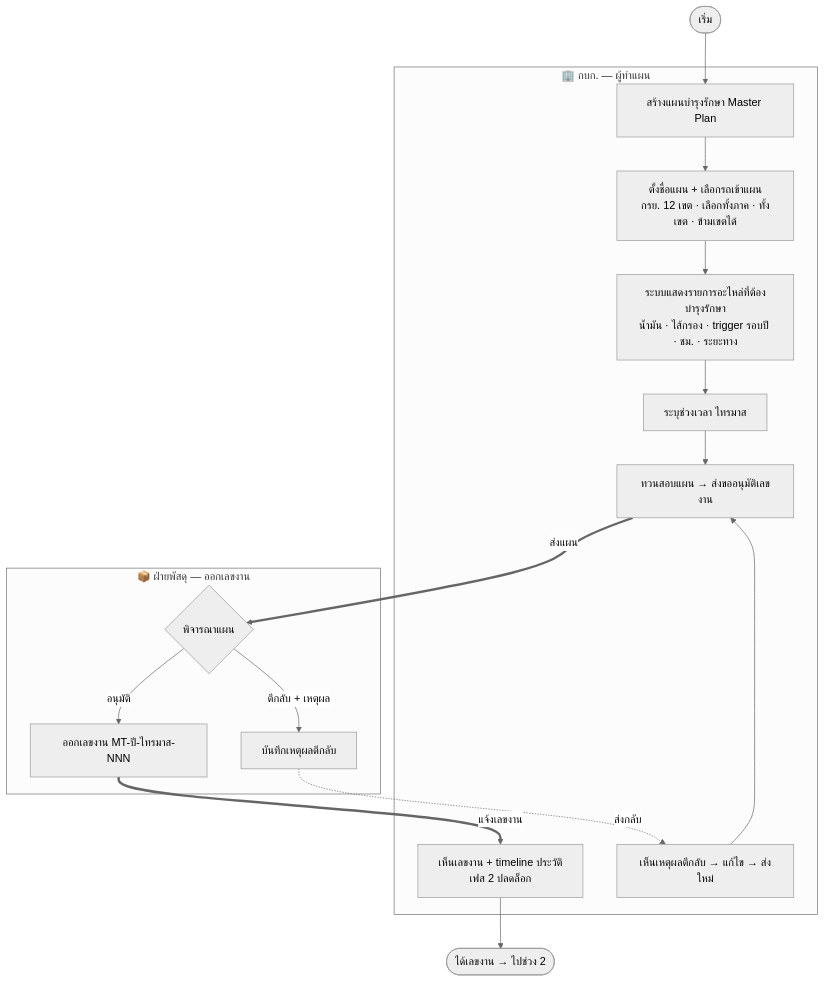
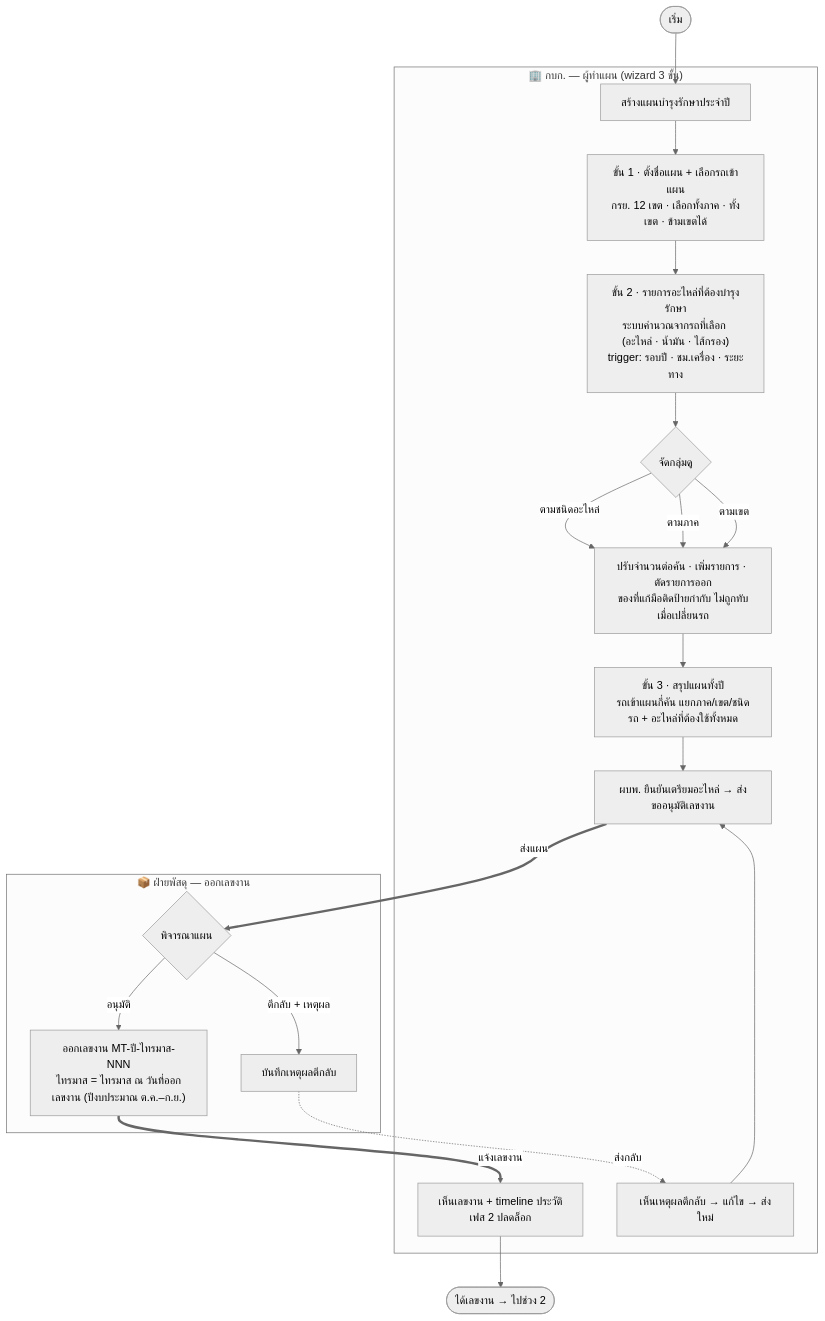
Before and after one commit to anugmail/Maintenance-Request-Form: the diagram in Diagram/01-บำรุงรักษาตามวาระ/01-ออกเลขงาน.md, drawn with Mermaid (neutral theme). The commit also changed other lines of this file and 7 other files, not shown here.

First line of the commit message:
feat(บำรุงรักษา): เฟส 1 เป็นแผนประจำปี — ตัดไทรมาส + อะไหล่จัดกลุ่ม/แก้ได้ + หน้าสรุปทั้งปี

````diff
--- a/Diagram/01-บำรุงรักษาตามวาระ/01-ออกเลขงาน.md
+++ b/Diagram/01-บำรุงรักษาตามวาระ/01-ออกเลขงาน.md
@@ -6,29 +10,34 @@
 ```mermaid
 flowchart TB
     S([เริ่ม])
 
-    subgraph KBK["🏢 กบก. — ผู้ทำแผน"]
-        A[สร้างแผนบำรุงรักษา Master Plan]
-        A --> B[ตั้งชื่อแผน + เลือกรถเข้าแผน<br/>กรย. 12 เขต · เลือกทั้งภาค · ทั้งเขต · ข้ามเขตได้]
-        B --> C[ระบบแสดงรายการอะไหล่ที่ต้องบำรุงรักษา<br/>น้ำมัน · ไส้กรอง · trigger รอบปี · ชม. · ระยะทาง]
-        C --> D[ระบุช่วงเวลา ไทรมาส]
-        D --> E[ทวนสอบแผน → ส่งขออนุมัติเลขงาน]
+    subgraph KBK["🏢 กบก. — ผู้ทำแผน (wizard 3 ขั้น)"]
+        A[สร้างแผนบำรุงรักษาประจำปี]
+        A --> B["ขั้น 1 · ตั้งชื่อแผน + เลือกรถเข้าแผน<br/>กรย. 12 เขต · เลือกทั้งภาค · ทั้งเขต · ข้ามเขตได้"]
+        B --> C["ขั้น 2 · รายการอะไหล่ที่ต้องบำรุงรักษา<br/>ระบบคำนวณจากรถที่เลือก (อะไหล่ · น้ำมัน · ไส้กรอง)<br/>trigger: รอบปี · ชม.เครื่อง · ระยะทาง"]
+        C --> C2{"จัดกลุ่มดู"}
+        C2 -->|ตามชนิดอะไหล่| C3
+        C2 -->|ตามภาค| C3
+        C2 -->|ตามเขต| C3
+        C3["ปรับจำนวนต่อคัน · เพิ่มรายการ · ตัดรายการออก<br/>ของที่แก้มือติดป้ายกำกับ ไม่ถูกทับเมื่อเปลี่ยนรถ"]
+        C3 --> D["ขั้น 3 · สรุปแผนทั้งปี<br/>รถเข้าแผนกี่คัน แยกภาค/เขต/ชนิดรถ + อะไหล่ที่ต้องใช้ทั้งหมด"]
+        D --> E[ผบพ. ยืนยันเตรียมอะไหล่ → ส่งขออนุมัติเลขงาน]
         H[เห็นเหตุผลตีกลับ → แก้ไข → ส่งใหม่]
         H --> E
         J[เห็นเลขงาน + timeline ประวัติ<br/>เฟส 2 ปลดล็อก]
     end
 
     subgraph PSD["📦 ฝ่ายพัสดุ — ออกเลขงาน"]
         F{พิจารณาแผน}
-        I[ออกเลขงาน MT-ปี-ไทรมาส-NNN]
+        I["ออกเลขงาน MT-ปี-ไทรมาส-NNN<br/>ไทรมาส = ไทรมาส ณ วันที่ออกเลขงาน (ปีงบประมาณ ต.ค.–ก.ย.)"]
         R[บันทึกเหตุผลตีกลับ]
         F -->|อนุมัติ| I
         F -->|ตีกลับ + เหตุผล| R
     end
 
     S --> A
     E ==>|ส่งแผน| F
     R -. ส่งกลับ .-> H
     I ==>|แจ้งเลขงาน| J
     J --> Z([ได้เลขงาน → ไปช่วง 2])
 ```
````
